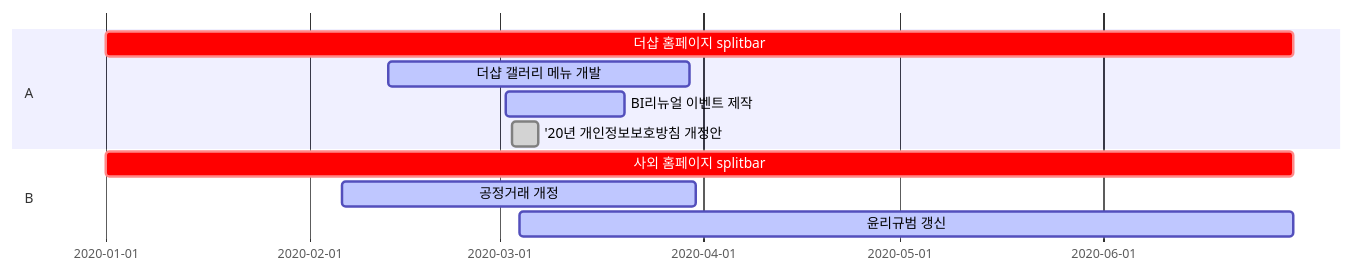
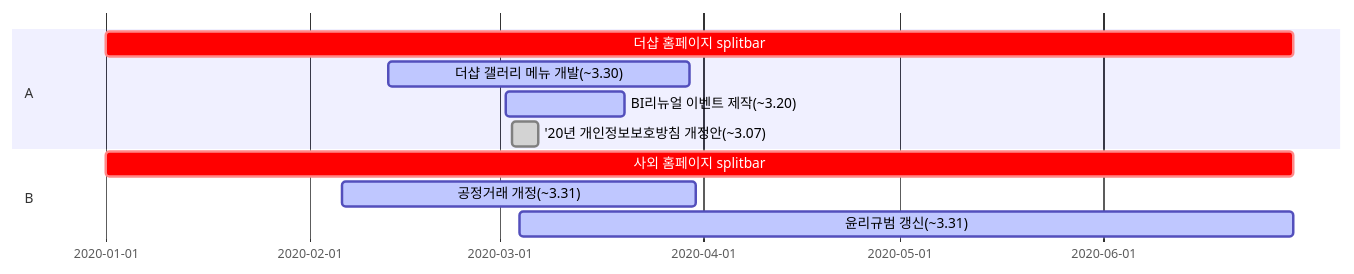
One commit to hotak90/gg2 changed the diagram in readme.md. Above: the diagram before and after it, drawn with Mermaid.

````diff
--- a/readme.md
+++ b/readme.md
@@ -1,15 +1,15 @@
 ```mermaid
 gantt
 dateFormat  YYYY-MM-DD
 
 section A
 더샵 홈페이지 splitbar: crit, 2020-01-01, 2020-06-30
-더샵 갤러리 메뉴 개발: active, 2020-02-13, 2020-03-30
-BI리뉴얼 이벤트 제작: active, 2020-03-02, 2020-03-20
-'20년 개인정보보호방침 개정안: done, 2020-03-03, 2020-03-07
+더샵 갤러리 메뉴 개발(~3.30): active, 2020-02-13, 2020-03-30
+BI리뉴얼 이벤트 제작(~3.20): active, 2020-03-02, 2020-03-20
+'20년 개인정보보호방침 개정안(~3.07): done, 2020-03-03, 2020-03-07
 
 section B
 사외 홈페이지 splitbar: crit, 2020-01-01, 2020-06-30
-공정거래 개정: active, 2020-02-06,2020-03-31
-윤리규범 갱신: active, 2020-03-04,2020-06-30
+공정거래 개정(~3.31): active, 2020-02-06,2020-03-31
+윤리규범 갱신(~3.31): active, 2020-03-04,2020-06-30
 ```
````
